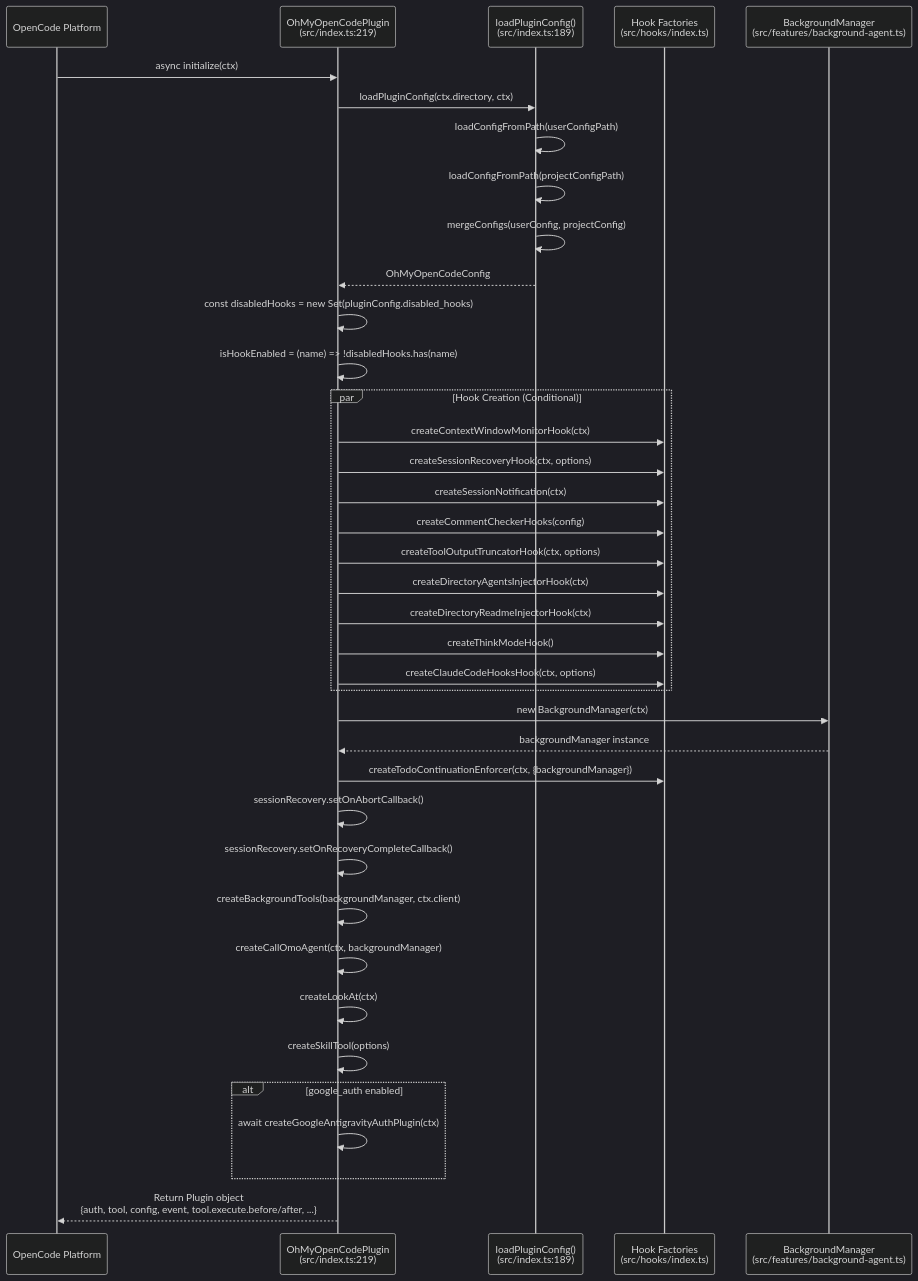
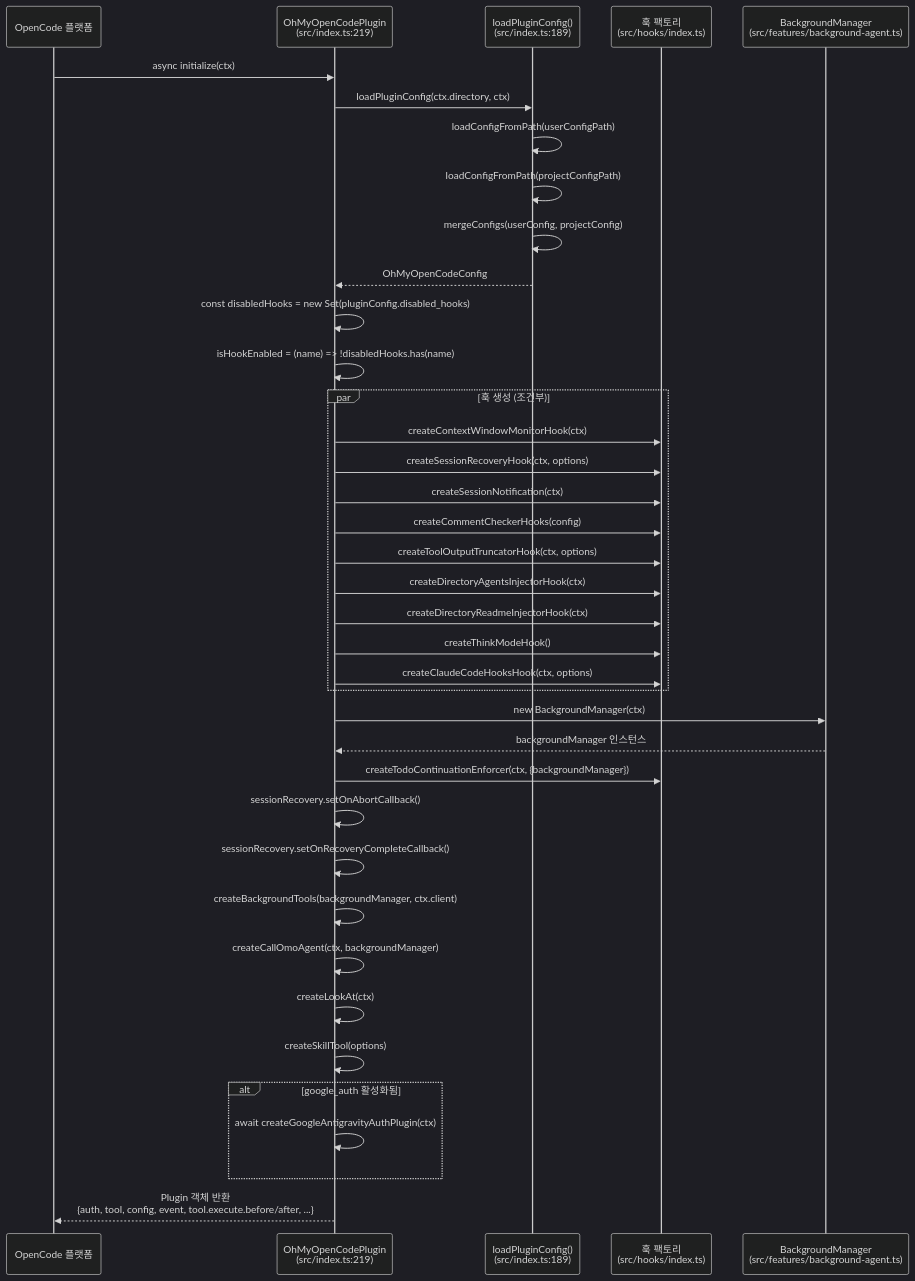
The third of 8 diagrams in docs/architecture/core-architecture.md (felipetruman/oh-my-opencode-docs), drawn with Mermaid (dark theme) before and after one commit. The commit also changed other lines of this file and 76 other files, not shown here.

````diff
--- a/docs/architecture/core-architecture.md
+++ b/docs/architecture/core-architecture.md
@@ -212,41 +199,41 @@
 ```mermaid
 sequenceDiagram
-  participant p1 as OpenCode Platform
+  participant p1 as OpenCode 플랫폼
   participant p2 as OhMyOpenCodePlugin<br/>(src/index.ts:219)
   participant p3 as loadPluginConfig()<br/>(src/index.ts:189)
-  participant p4 as Hook Factories<br/>(src/hooks/index.ts)
+  participant p4 as 훅 팩토리<br/>(src/hooks/index.ts)
   participant p5 as BackgroundManager<br/>(src/features/background-agent.ts)
 
   p1->>p2: async initialize(ctx)
   p2->>p3: loadPluginConfig(ctx.directory, ctx)
   p3->>p3: loadConfigFromPath(userConfigPath)
   p3->>p3: loadConfigFromPath(projectConfigPath)
   p3->>p3: mergeConfigs(userConfig, projectConfig)
   p3-->>p2: OhMyOpenCodeConfig
   p2->>p2: const disabledHooks = new Set(pluginConfig.disabled_hooks)
   p2->>p2: isHookEnabled = (name) => !disabledHooks.has(name)
-  par Hook Creation (Conditional)
+  par 훅 생성 (조건부)
     p2->>p4: createContextWindowMonitorHook(ctx)
     p2->>p4: createSessionRecoveryHook(ctx, options)
     p2->>p4: createSessionNotification(ctx)
     p2->>p4: createCommentCheckerHooks(config)
     p2->>p4: createToolOutputTruncatorHook(ctx, options)
     p2->>p4: createDirectoryAgentsInjectorHook(ctx)
     p2->>p4: createDirectoryReadmeInjectorHook(ctx)
     p2->>p4: createThinkModeHook()
     p2->>p4: createClaudeCodeHooksHook(ctx, options)
   end
   p2->>p5: new BackgroundManager(ctx)
-  p5-->>p2: backgroundManager instance
+  p5-->>p2: backgroundManager 인스턴스
   p2->>p4: createTodoContinuationEnforcer(ctx, {backgroundManager})
   p2->>p2: sessionRecovery.setOnAbortCallback()
   p2->>p2: sessionRecovery.setOnRecoveryCompleteCallback()
   p2->>p2: createBackgroundTools(backgroundManager, ctx.client)
   p2->>p2: createCallOmoAgent(ctx, backgroundManager)
   p2->>p2: createLookAt(ctx)
   p2->>p2: createSkillTool(options)
-  alt google_auth enabled
+  alt google_auth 활성화됨
     p2->>p2: await createGoogleAntigravityAuthPlugin(ctx)
   end
-  p2-->>p1: Return Plugin object<br/>{auth, tool, config, event, tool.execute.before/after, ...}
+  p2-->>p1: Plugin 객체 반환<br/>{auth, tool, config, event, tool.execute.before/after, ...}
 ```
````
